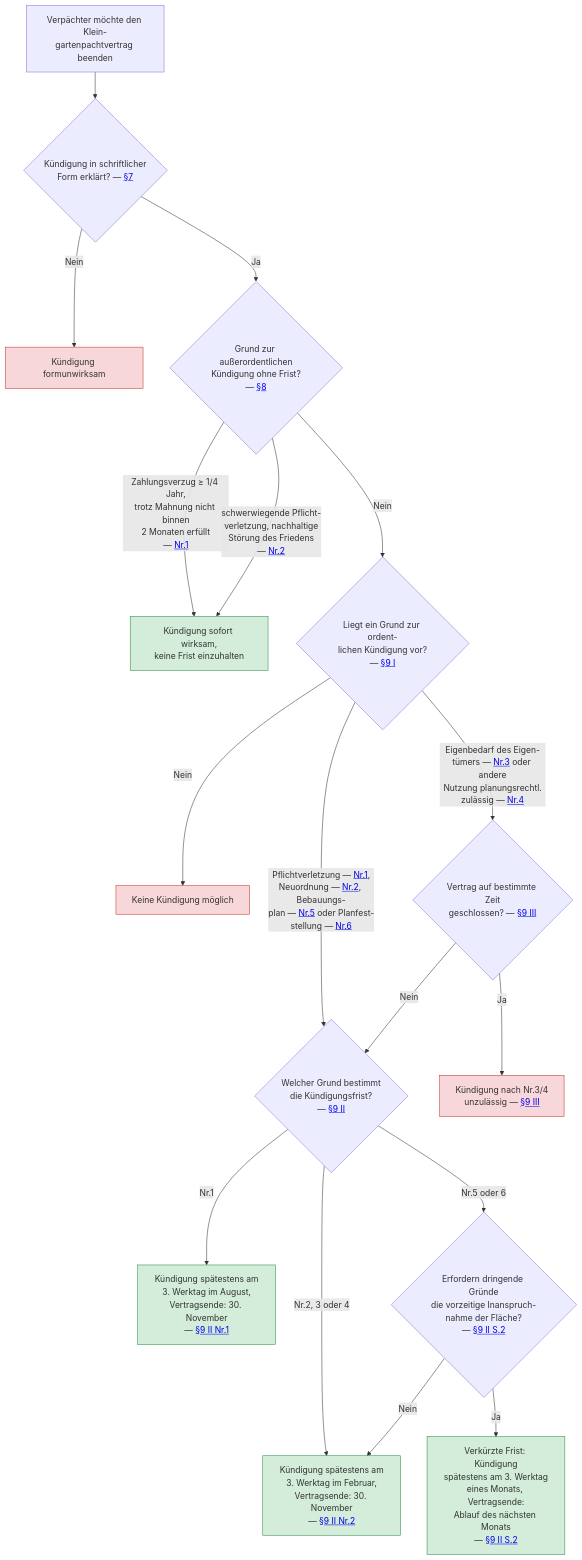
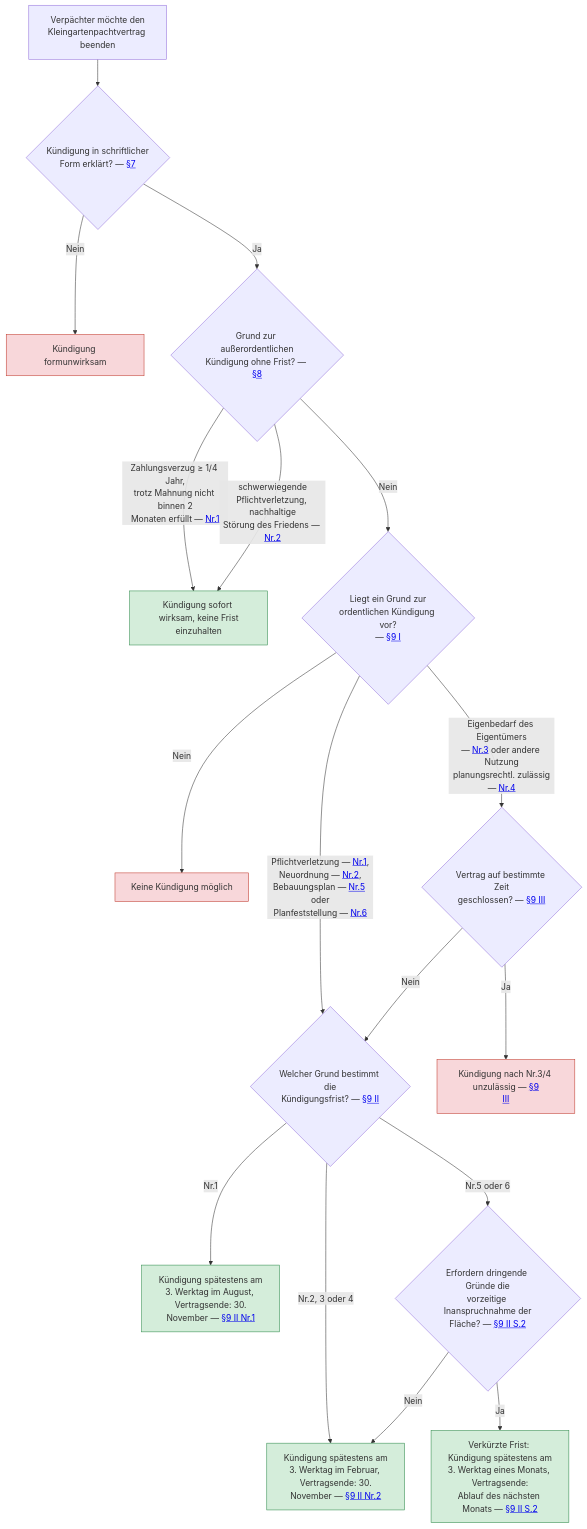
The diagram in src/content/ki-visualisierungen/BKleingG/kuendigungsarten.mmd (digitalservicebund/zfl-website), drawn with Mermaid before and after one commit. The commit also changed 167 other files, not shown here.

Commit message:
refactor(ki-visualisierungen): re-flow older charts

```diff
--- a/src/content/ki-visualisierungen/BKleingG/kuendigungsarten.mmd
+++ b/src/content/ki-visualisierungen/BKleingG/kuendigungsarten.mmd
@@ -1,35 +1,35 @@
 ---
 summary: "Zeigt die Kündigungsarten des Kleingartenpachtvertrags durch den Verpächter, von der außerordentlichen Kündigung ohne Frist nach §8 bis zu den Gründen und Fristen der ordentlichen Kündigung nach §9 BKleingG."
 ---
 flowchart TD
-    A["Verpächter möchte den Klein-<br/>gartenpachtvertrag beenden"] --> Q0{"Kündigung in schriftlicher<br/>Form erklärt? — <a href='{{ELI}}#art-z7_abs-z' target='_blank' rel='noopener'>§7</a>"}
+    A["Verpächter möchte den<br/>Kleingartenpachtvertrag beenden"] --> Q0{"Kündigung in schriftlicher<br/>Form erklärt? — <a href='{{ELI}}#art-z7_abs-z' target='_blank' rel='noopener'>§7</a>"}
 
     Q0 -->|Nein| Z0["Kündigung formunwirksam"]
-    Q0 -->|Ja| Q1{"Grund zur außerordentlichen<br/>Kündigung ohne Frist?<br/>— <a href='{{ELI}}#art-z8_abs-z' target='_blank' rel='noopener'>§8</a>"}
+    Q0 -->|Ja| Q1{"Grund zur außerordentlichen<br/>Kündigung ohne Frist? — <a href='{{ELI}}#art-z8_abs-z' target='_blank' rel='noopener'>§8</a>"}
 
-    Q1 -->|"Zahlungsverzug ≥ 1/4 Jahr,<br/>trotz Mahnung nicht binnen<br/>2 Monaten erfüllt<br/>— <a href='{{ELI}}#art-z8_abs-z_inhalt-n1_liste-n1_listenelem-n1' target='_blank' rel='noopener'>Nr.1</a>"| Z1["Kündigung sofort wirksam,<br/>keine Frist einzuhalten"]
-    Q1 -->|"schwerwiegende Pflicht-<br/>verletzung, nachhaltige<br/>Störung des Friedens<br/>— <a href='{{ELI}}#art-z8_abs-z_inhalt-n1_liste-n1_listenelem-n2' target='_blank' rel='noopener'>Nr.2</a>"| Z1
+    Q1 -->|"Zahlungsverzug ≥ 1/4 Jahr,<br/>trotz Mahnung nicht binnen 2<br/>Monaten erfüllt — <a href='{{ELI}}#art-z8_abs-z_inhalt-n1_liste-n1_listenelem-n1' target='_blank' rel='noopener'>Nr.1</a>"| Z1["Kündigung sofort wirksam, keine Frist<br/>einzuhalten"]
+    Q1 -->|"schwerwiegende<br/>Pflichtverletzung, nachhaltige<br/>Störung des Friedens — <a href='{{ELI}}#art-z8_abs-z_inhalt-n1_liste-n1_listenelem-n2' target='_blank' rel='noopener'>Nr.2</a>"| Z1
 
-    Q1 -->|Nein| Q2{"Liegt ein Grund zur ordent-<br/>lichen Kündigung vor?<br/>— <a href='{{ELI}}#art-z9_abs-z1' target='_blank' rel='noopener'>§9 I</a>"}
+    Q1 -->|Nein| Q2{"Liegt ein Grund zur<br/>ordentlichen Kündigung vor?<br/>— <a href='{{ELI}}#art-z9_abs-z1' target='_blank' rel='noopener'>§9 I</a>"}
 
     Q2 -->|Nein| Z2["Keine Kündigung möglich"]
-    Q2 -->|"Eigenbedarf des Eigen-<br/>tümers — <a href='{{ELI}}#art-z9_abs-z1_inhalt-n1_liste-n1_listenelem-n3' target='_blank' rel='noopener'>Nr.3</a> oder andere<br/>Nutzung planungsrechtl.<br/>zulässig — <a href='{{ELI}}#art-z9_abs-z1_inhalt-n1_liste-n1_listenelem-n4' target='_blank' rel='noopener'>Nr.4</a>"| Q3{"Vertrag auf bestimmte Zeit<br/>geschlossen? — <a href='{{ELI}}#art-z9_abs-z3' target='_blank' rel='noopener'>§9 III</a>"}
-    Q2 -->|"Pflichtverletzung — <a href='{{ELI}}#art-z9_abs-z1_inhalt-n1_liste-n1_listenelem-n1' target='_blank' rel='noopener'>Nr.1</a>,<br/>Neuordnung — <a href='{{ELI}}#art-z9_abs-z1_inhalt-n1_liste-n1_listenelem-n2' target='_blank' rel='noopener'>Nr.2</a>, Bebauungs-<br/>plan — <a href='{{ELI}}#art-z9_abs-z1_inhalt-n1_liste-n1_listenelem-n5' target='_blank' rel='noopener'>Nr.5</a> oder Planfest-<br/>stellung — <a href='{{ELI}}#art-z9_abs-z1_inhalt-n1_liste-n1_listenelem-n6' target='_blank' rel='noopener'>Nr.6</a>"| Q4
+    Q2 -->|"Eigenbedarf des Eigentümers<br/>— <a href='{{ELI}}#art-z9_abs-z1_inhalt-n1_liste-n1_listenelem-n3' target='_blank' rel='noopener'>Nr.3</a> oder andere Nutzung<br/>planungsrechtl. zulässig<br/>— <a href='{{ELI}}#art-z9_abs-z1_inhalt-n1_liste-n1_listenelem-n4' target='_blank' rel='noopener'>Nr.4</a>"| Q3{"Vertrag auf bestimmte Zeit<br/>geschlossen? — <a href='{{ELI}}#art-z9_abs-z3' target='_blank' rel='noopener'>§9 III</a>"}
+    Q2 -->|"Pflichtverletzung — <a href='{{ELI}}#art-z9_abs-z1_inhalt-n1_liste-n1_listenelem-n1' target='_blank' rel='noopener'>Nr.1</a>,<br/>Neuordnung — <a href='{{ELI}}#art-z9_abs-z1_inhalt-n1_liste-n1_listenelem-n2' target='_blank' rel='noopener'>Nr.2</a>,<br/>Bebauungsplan — <a href='{{ELI}}#art-z9_abs-z1_inhalt-n1_liste-n1_listenelem-n5' target='_blank' rel='noopener'>Nr.5</a> oder<br/>Planfeststellung — <a href='{{ELI}}#art-z9_abs-z1_inhalt-n1_liste-n1_listenelem-n6' target='_blank' rel='noopener'>Nr.6</a>"| Q4
 
-    Q3 -->|Ja| Z3["Kündigung nach Nr.3/4<br/>unzulässig — <a href='{{ELI}}#art-z9_abs-z3' target='_blank' rel='noopener'>§9 III</a>"]
-    Q3 -->|Nein| Q4{"Welcher Grund bestimmt<br/>die Kündigungsfrist?<br/>— <a href='{{ELI}}#art-z9_abs-z2' target='_blank' rel='noopener'>§9 II</a>"}
+    Q3 -->|Ja| Z3["Kündigung nach Nr.3/4 unzulässig — <a href='{{ELI}}#art-z9_abs-z3' target='_blank' rel='noopener'>§9<br/>III</a>"]
+    Q3 -->|Nein| Q4{"Welcher Grund bestimmt die<br/>Kündigungsfrist? — <a href='{{ELI}}#art-z9_abs-z2' target='_blank' rel='noopener'>§9 II</a>"}
 
-    Q4 -->|Nr.1| F1["Kündigung spätestens am<br/>3. Werktag im August,<br/>Vertragsende: 30. November<br/>— <a href='{{ELI}}#art-z9_abs-z2_inhalt-n1_liste-n1_listenelem-n1' target='_blank' rel='noopener'>§9 II Nr.1</a>"]
-    Q4 -->|"Nr.2, 3 oder 4"| F2["Kündigung spätestens am<br/>3. Werktag im Februar,<br/>Vertragsende: 30. November<br/>— <a href='{{ELI}}#art-z9_abs-z2_inhalt-n1_liste-n1_listenelem-n2' target='_blank' rel='noopener'>§9 II Nr.2</a>"]
-    Q4 -->|"Nr.5 oder 6"| Q5{"Erfordern dringende Gründe<br/>die vorzeitige Inanspruch-<br/>nahme der Fläche?<br/>— <a href='{{ELI}}#art-z9_abs-z2_inhalt-n1_text-n2' target='_blank' rel='noopener'>§9 II S.2</a>"}
+    Q4 -->|Nr.1| F1["Kündigung spätestens am<br/>3. Werktag im August, Vertragsende: 30.<br/>November — <a href='{{ELI}}#art-z9_abs-z2_inhalt-n1_liste-n1_listenelem-n1' target='_blank' rel='noopener'>§9 II Nr.1</a>"]
+    Q4 -->|"Nr.2, 3 oder 4"| F2["Kündigung spätestens am<br/>3. Werktag im Februar, Vertragsende: 30.<br/>November — <a href='{{ELI}}#art-z9_abs-z2_inhalt-n1_liste-n1_listenelem-n2' target='_blank' rel='noopener'>§9 II Nr.2</a>"]
+    Q4 -->|"Nr.5 oder 6"| Q5{"Erfordern dringende Gründe die<br/>vorzeitige Inanspruchnahme der<br/>Fläche? — <a href='{{ELI}}#art-z9_abs-z2_inhalt-n1_text-n2' target='_blank' rel='noopener'>§9 II S.2</a>"}
 
     Q5 -->|Nein| F2
-    Q5 -->|Ja| F3["Verkürzte Frist: Kündigung<br/>spätestens am 3. Werktag<br/>eines Monats, Vertragsende:<br/>Ablauf des nächsten Monats<br/>— <a href='{{ELI}}#art-z9_abs-z2_inhalt-n1_text-n2' target='_blank' rel='noopener'>§9 II S.2</a>"]
+    Q5 -->|Ja| F3["Verkürzte Frist: Kündigung spätestens am<br/>3. Werktag eines Monats, Vertragsende:<br/>Ablauf des nächsten Monats — <a href='{{ELI}}#art-z9_abs-z2_inhalt-n1_text-n2' target='_blank' rel='noopener'>§9 II S.2</a>"]
 
     style Z0 fill:#f8d7da,stroke:#c0392b
     style Z1 fill:#d4edda,stroke:#2d8a4a
     style Z2 fill:#f8d7da,stroke:#c0392b
     style Z3 fill:#f8d7da,stroke:#c0392b
     style F1 fill:#d4edda,stroke:#2d8a4a
     style F2 fill:#d4edda,stroke:#2d8a4a
     style F3 fill:#d4edda,stroke:#2d8a4a
```
